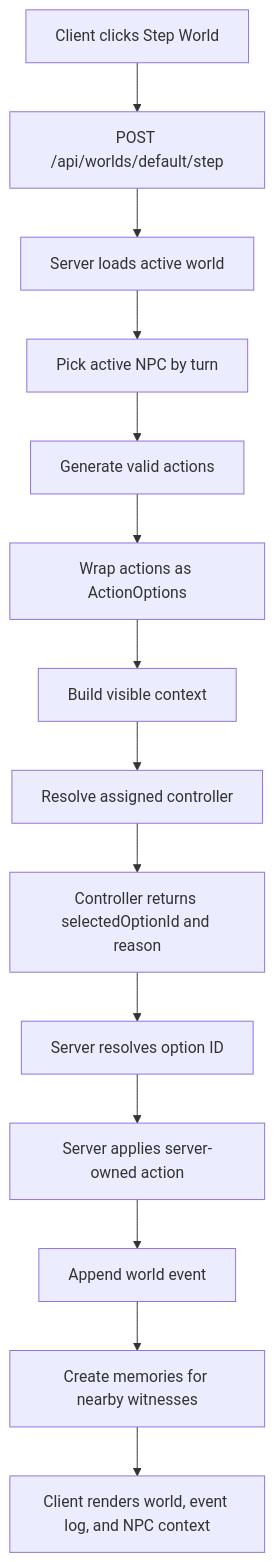
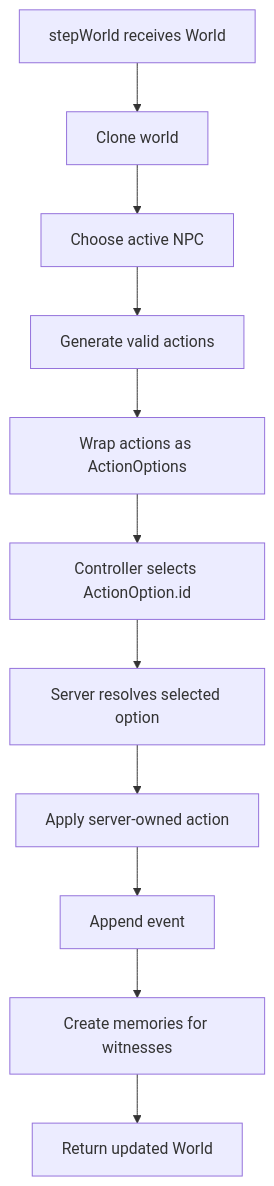
One commit to BDubDesigns/tilefolk changed the first of 2 diagrams in HANDOFF.md. Above: the diagram before and after it, drawn with Mermaid. The commit also changed other lines of this file and 10 other files, not shown here.

````diff
--- a/HANDOFF.md
+++ b/HANDOFF.md
@@ -111,16 +79,13 @@
 ```mermaid
 flowchart TD
-  A["Client clicks Step World"] --> B["POST /api/worlds/default/step"]
-  B --> C["Server loads active world"]
-  C --> D["Pick active NPC by turn"]
-  D --> E["Generate valid actions"]
-  E --> F["Wrap actions as ActionOptions"]
-  F --> G["Build visible context"]
-  G --> H["Resolve assigned controller"]
-  H --> I["Controller returns selectedOptionId and reason"]
-  I --> J["Server resolves option ID"]
-  J --> K["Server applies server-owned action"]
-  K --> L["Append world event"]
-  L --> M["Create memories for nearby witnesses"]
-  M --> N["Client renders world, event log, and NPC context"]
+    A[stepWorld receives World] --> B[Clone world]
+    B --> C[Choose active NPC]
+    C --> D[Generate valid actions]
+    D --> E[Wrap actions as ActionOptions]
+    E --> F[Controller selects ActionOption.id]
+    F --> G[Server resolves selected option]
+    G --> H[Apply server-owned action]
+    H --> I[Append event]
+    I --> J[Create memories for witnesses]
+    J --> K[Return updated World]
 ```
````
